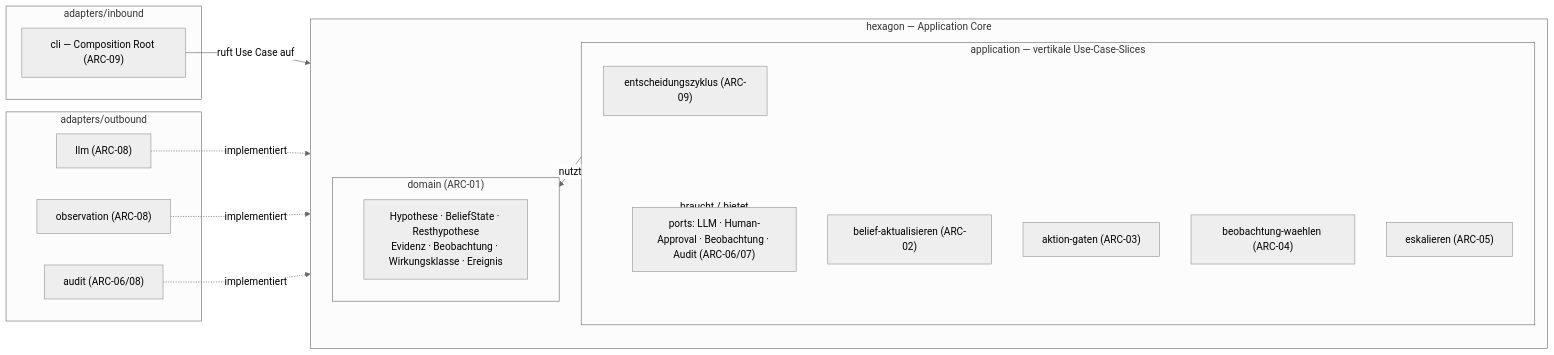
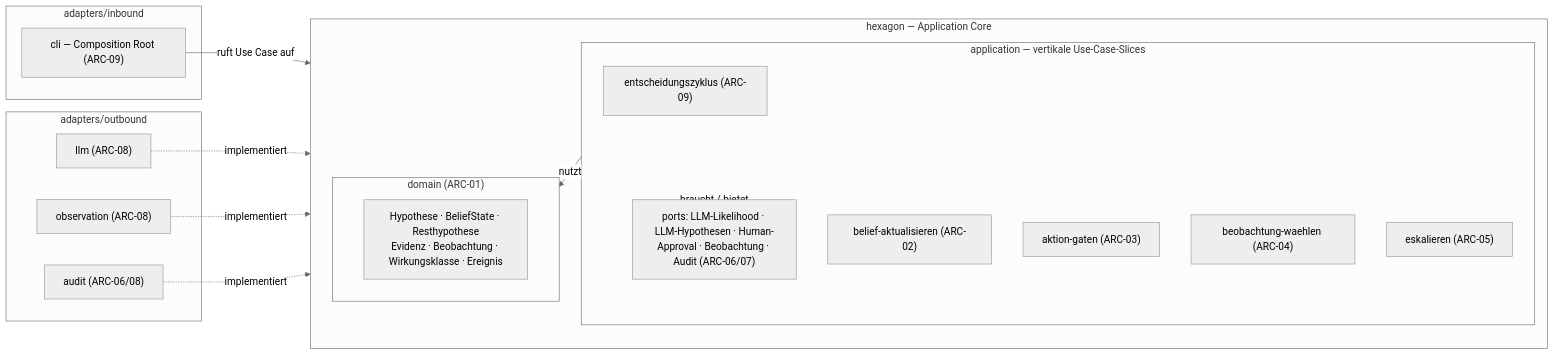
The first of 2 diagrams in spec/architecture.md (pt9912/belief-agent), drawn with Mermaid (neutral theme) before and after one commit. The commit also changed other lines of this file and 6 other files, not shown here.

First line of the commit message:
LH-FA-BEL-005 connect hypothesis port flow

````diff
--- a/spec/architecture.md
+++ b/spec/architecture.md
@@ -22,32 +22,32 @@
 ```mermaid
 flowchart LR
     subgraph IN["adapters/inbound"]
         CLI["cli — Composition Root (ARC-09)"]
     end
     subgraph HEX["hexagon — Application Core"]
         direction TB
         subgraph APP["application — vertikale Use-Case-Slices"]
             ZYK["entscheidungszyklus (ARC-09)"]
             UPD["belief-aktualisieren (ARC-02)"]
             GATE["aktion-gaten (ARC-03)"]
             VOI["beobachtung-waehlen (ARC-04)"]
             ESK["eskalieren (ARC-05)"]
-            PORTS["ports: LLM · Human-Approval · Beobachtung · Audit (ARC-06/07)"]
+            PORTS["ports: LLM-Likelihood · LLM-Hypothesen · Human-Approval · Beobachtung · Audit (ARC-06/07)"]
         end
         subgraph DOM["domain (ARC-01)"]
             D["Hypothese · BeliefState · Resthypothese<br/>Evidenz · Beobachtung · Wirkungsklasse · Ereignis"]
         end
     end
     subgraph OUT["adapters/outbound"]
         LLM["llm (ARC-08)"]
         OBS["observation (ARC-08)"]
         AUD["audit (ARC-06/08)"]
     end
 
     CLI -->|ruft Use Case auf| ZYK
     APP -->|nutzt| DOM
     APP -->|braucht / bietet| PORTS
     LLM -.implementiert.-> PORTS
     OBS -.implementiert.-> PORTS
     AUD -.implementiert.-> PORTS
 ```
````
